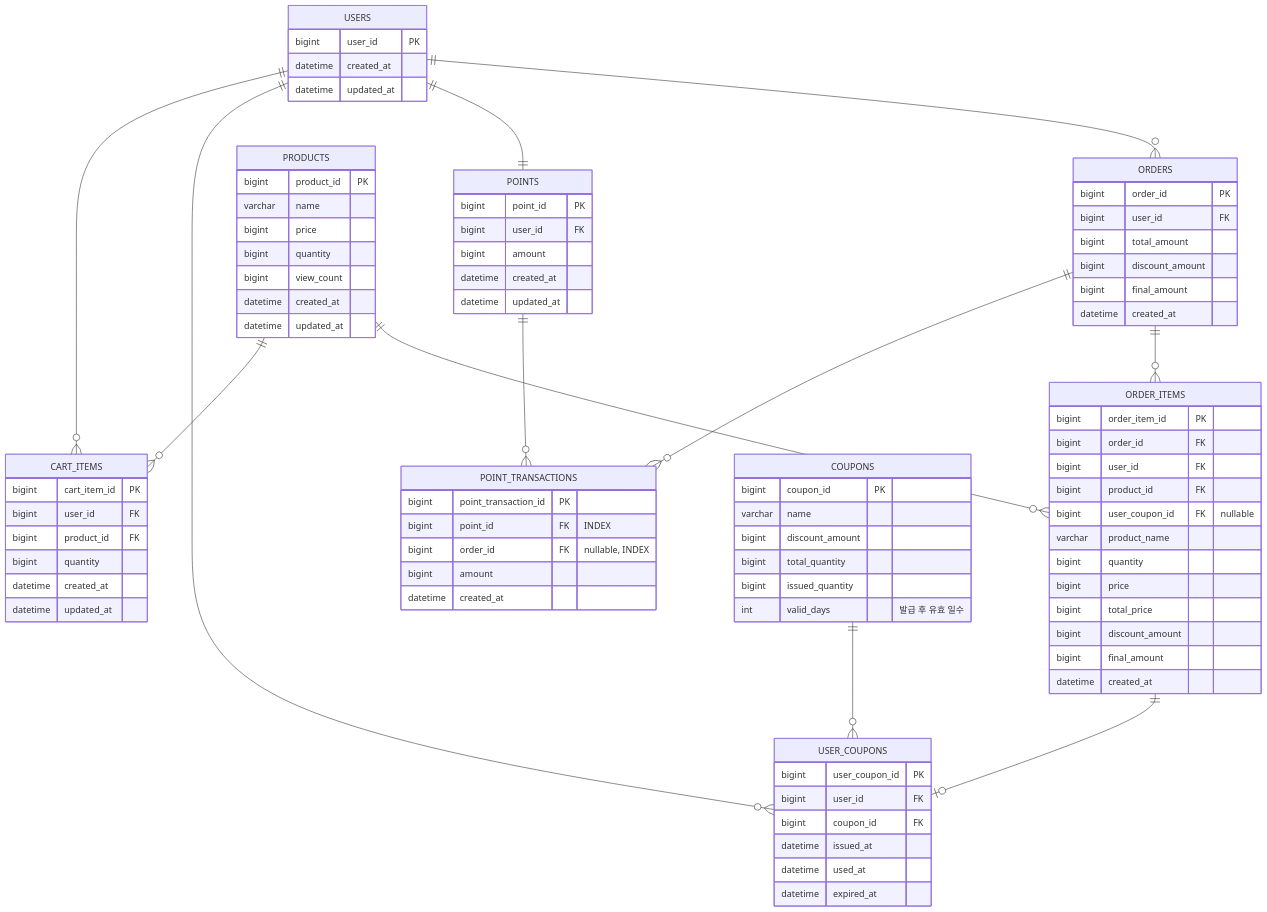
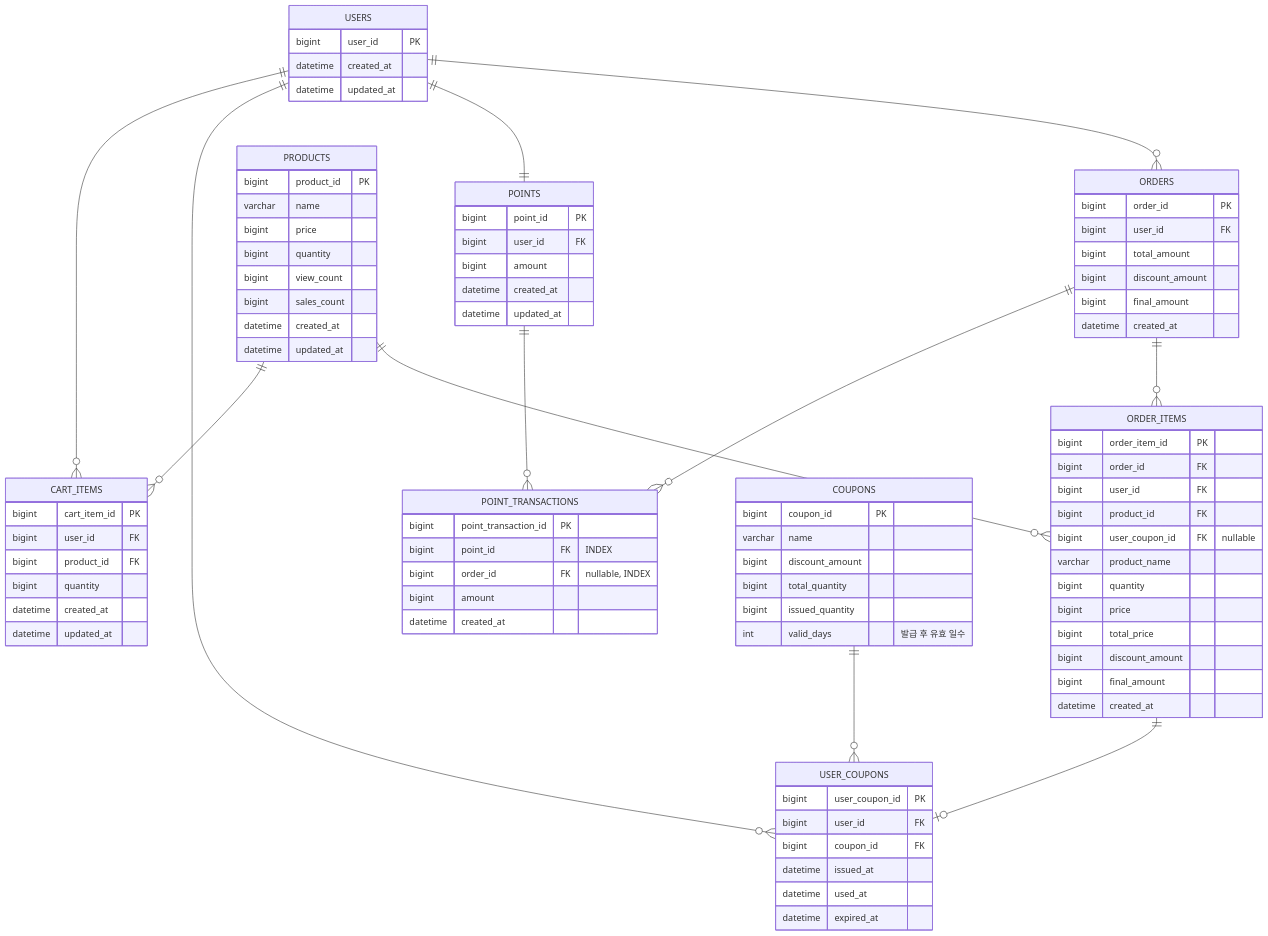
One commit to keepConcentration/ecommerce changed the first of 7 diagrams in README.md. Above: the diagram before and after it, drawn with Mermaid. The commit also changed 3 other files, not shown here.

```diff
--- a/README.md
+++ b/README.md
@@ -49,6 +49,7 @@
         bigint price
         bigint quantity
         bigint view_count
+        bigint sales_count
         datetime created_at
         datetime updated_at
     }
```
